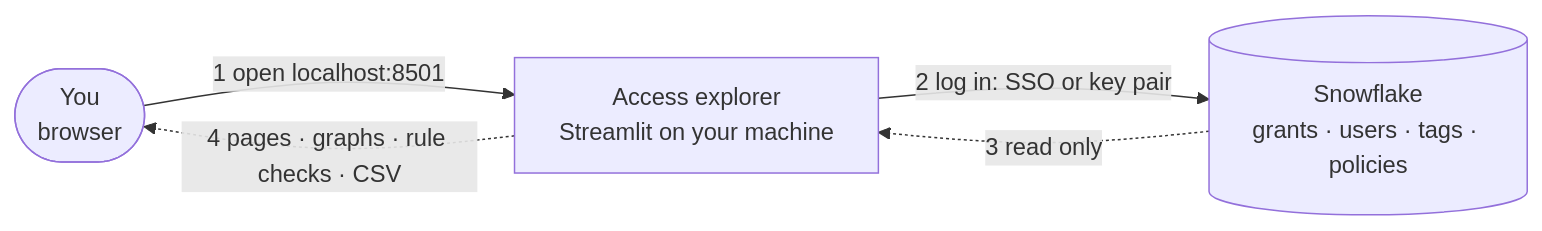
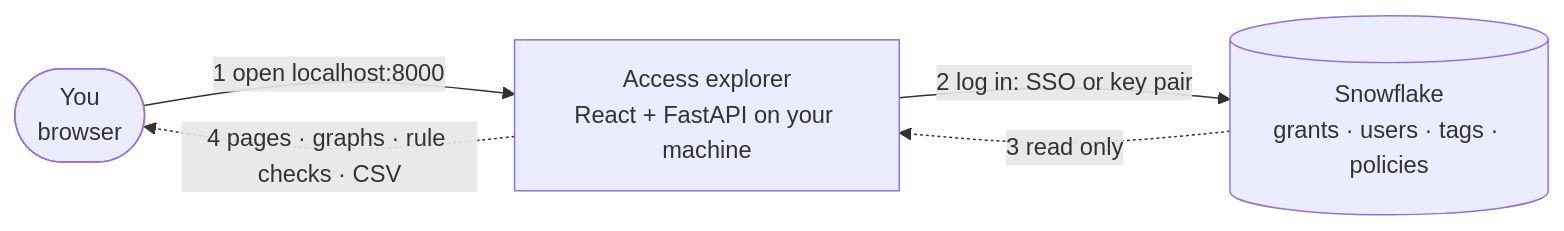
Before and after one commit to darshanmeel/snowflake-access-explorer: the diagram in README.md, drawn with Mermaid. The commit also changed other lines of this file and 11 other files, not shown here.

````diff
--- a/README.md
+++ b/README.md
@@ -8,7 +8,7 @@
 ```mermaid
 flowchart LR
-  U(["You<br/>browser"]) -- "1 open localhost:8501" --> APP["Access explorer<br/>Streamlit on your machine"]
+  U(["You<br/>browser"]) -- "1 open localhost:8000" --> APP["Access explorer<br/>React + FastAPI on your machine"]
   APP -- "2 log in: SSO or key pair" --> SF[("Snowflake<br/>grants · users · tags · policies")]
   SF -. "3 read only" .-> APP
   APP -. "4 pages · graphs · rule checks · CSV" .-> U
 ```
````
